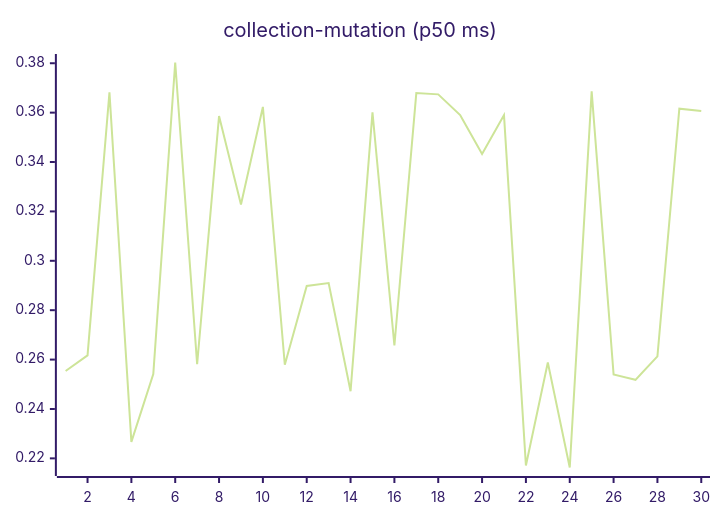
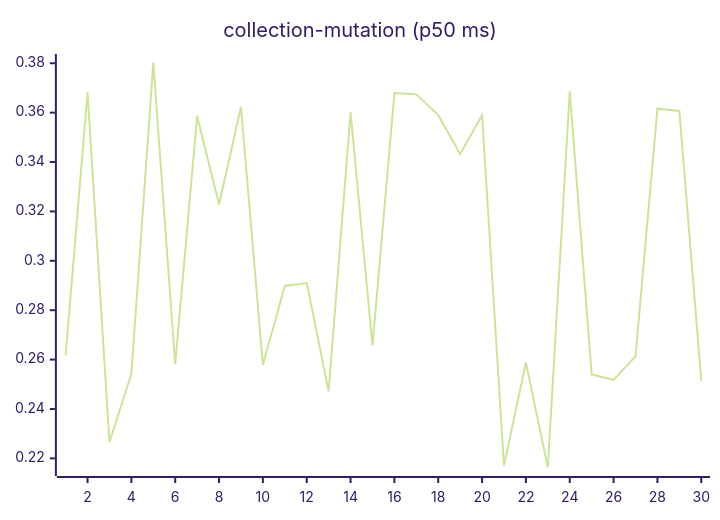
The sixth of 27 diagrams in README.md (josha/Facet), drawn with Mermaid (forest theme) before and after one commit. The commit also changed other lines of this file and 2 other files, not shown here.

````diff
--- a/README.md
+++ b/README.md
@@ -98,6 +98,6 @@
 ```mermaid
 xychart-beta
     title "collection-mutation (p50 ms)"
     x-axis 1 --> 30
-    line [0.2554, 0.2617, 0.3682, 0.2267, 0.2541, 0.3803, 0.2581, 0.3586, 0.3228, 0.3623, 0.2579, 0.2898, 0.2910, 0.2472, 0.3601, 0.2657, 0.3679, 0.3674, 0.3590, 0.3433, 0.3590, 0.2171, 0.2588, 0.2163, 0.3686, 0.2540, 0.2518, 0.2613, 0.3616, 0.3607]
+    line [0.2617, 0.3682, 0.2267, 0.2541, 0.3803, 0.2581, 0.3586, 0.3228, 0.3623, 0.2579, 0.2898, 0.2910, 0.2472, 0.3601, 0.2657, 0.3679, 0.3674, 0.3590, 0.3433, 0.3590, 0.2171, 0.2588, 0.2163, 0.3686, 0.2540, 0.2518, 0.2613, 0.3616, 0.3607, 0.2514]
 ```
````
